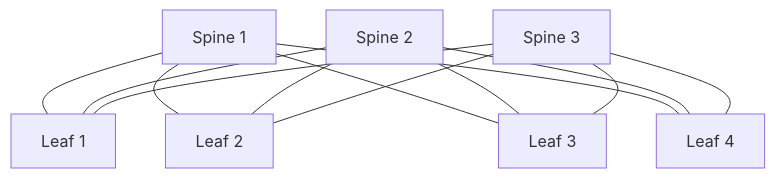
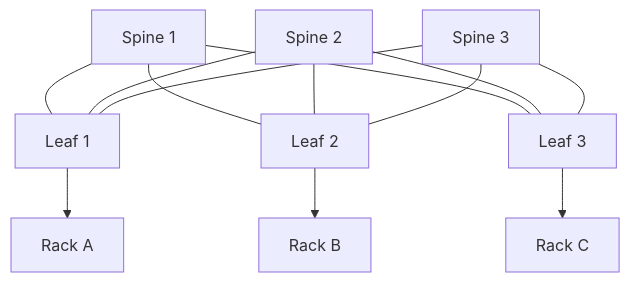
One commit to aramirezdr/slides-redes-de-datos changed the fourth of 6 diagrams in slides.md. Above: the diagram before and after it, drawn with Mermaid. The commit also changed other lines of this file, not shown here.

````diff
--- a/slides.md
+++ b/slides.md
@@ -287,24 +299,15 @@
 ```mermaid
 flowchart TB
-    S1[Spine 1]
-    S2[Spine 2]
-    S3[Spine 3]
-
-    L1[Leaf 1]
-    L2[Leaf 2]
-    L3[Leaf 3]
-    L4[Leaf 4]
-
-    S1 --- L1
-    S1 --- L2
-    S1 --- L3
-    S1 --- L4
-    S2 --- L1
-    S2 --- L2
-    S2 --- L3
-    S2 --- L4
-    S3 --- L1
-    S3 --- L2
-    S3 --- L3
-    S3 --- L4
+  S1[Spine 1] --- L1[Leaf 1]
+  S1 --- L2[Leaf 2]
+  S1 --- L3[Leaf 3]
+  S2[Spine 2] --- L1
+  S2 --- L2
+  S2 --- L3
+  S3[Spine 3] --- L1
+  S3 --- L2
+  S3 --- L3
+  L1 --> R1[Rack A]
+  L2 --> R2[Rack B]
+  L3 --> R3[Rack C]
 ```
````
